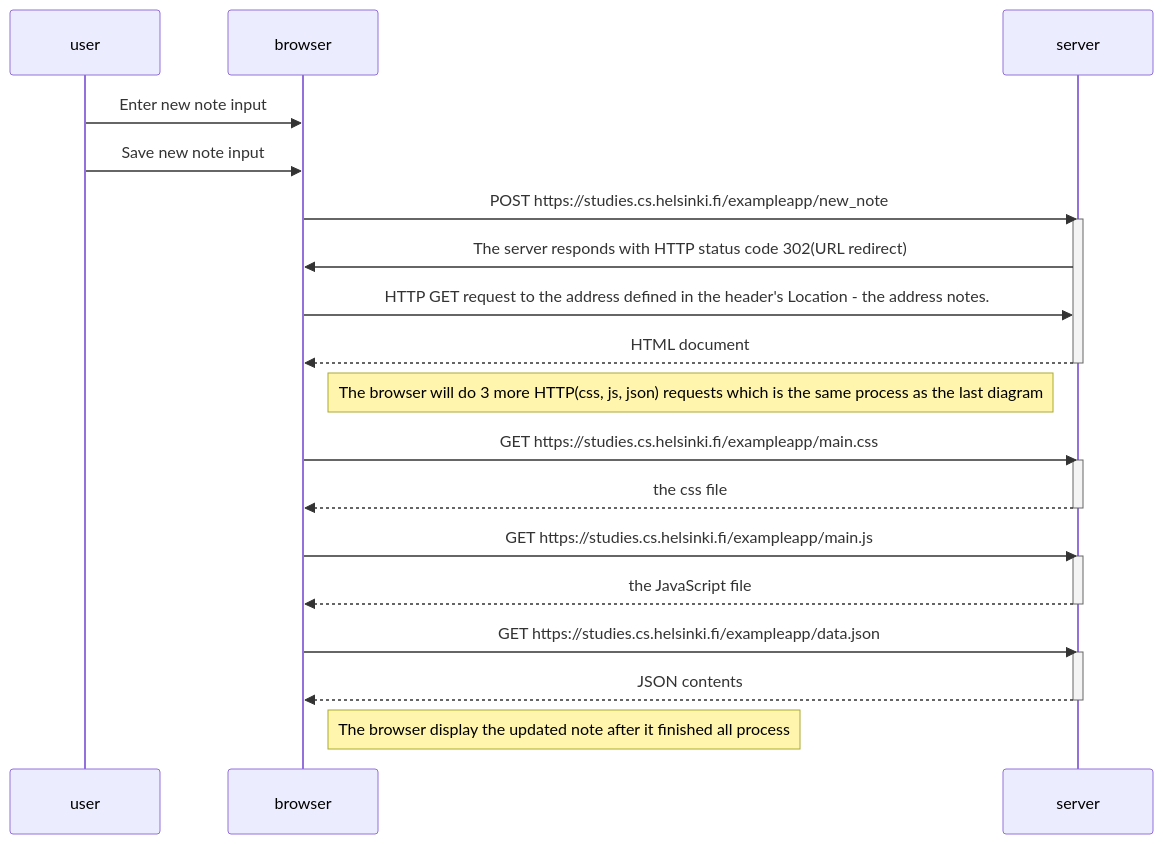
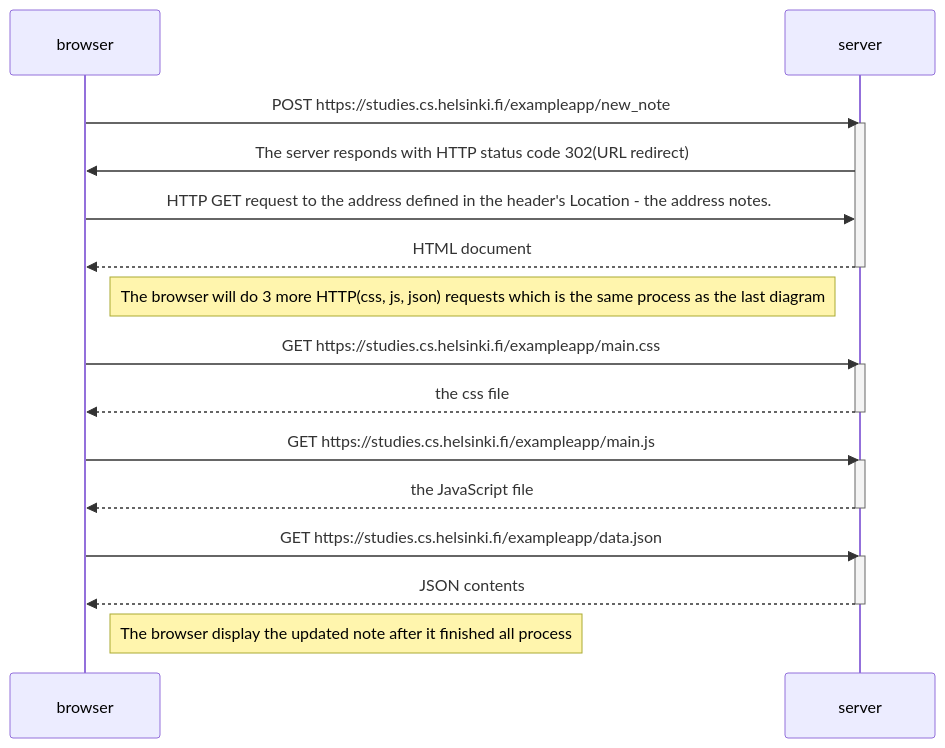
Before and after one commit to uglypow/Full-Stack-Open: the diagram in part0/exercise_0.4.md, drawn with Mermaid.

````diff
--- a/part0/exercise_0.4.md
+++ b/part0/exercise_0.4.md
@@ -1,36 +1,32 @@
 ```mermaid
 sequenceDiagram
-    participant user
     participant browser
     participant server
-
-    user->>browser: Enter new note input
-    user->>browser: Save new note input
 
     browser->>server: POST https://studies.cs.helsinki.fi/exampleapp/new_note
     activate server
     server->>browser: The server responds with HTTP status code 302(URL redirect)
     
     browser->>server: HTTP GET request to the address defined in the header's Location - the address notes.
     server-->>browser: HTML document
     deactivate server
 
     Note right of browser: The browser will do 3 more HTTP(css, js, json) requests which is the same process as the last diagram
     
     browser->>server: GET https://studies.cs.helsinki.fi/exampleapp/main.css
     activate server
     server-->>browser: the css file
     deactivate server
 
     browser->>server: GET https://studies.cs.helsinki.fi/exampleapp/main.js
     activate server
     server-->>browser: the JavaScript file
     deactivate server
 
     browser->>server: GET https://studies.cs.helsinki.fi/exampleapp/data.json
     activate server
     server-->>browser: JSON contents
     deactivate server
 
     Note right of browser: The browser display the updated note after it finished all process
 ```
````
